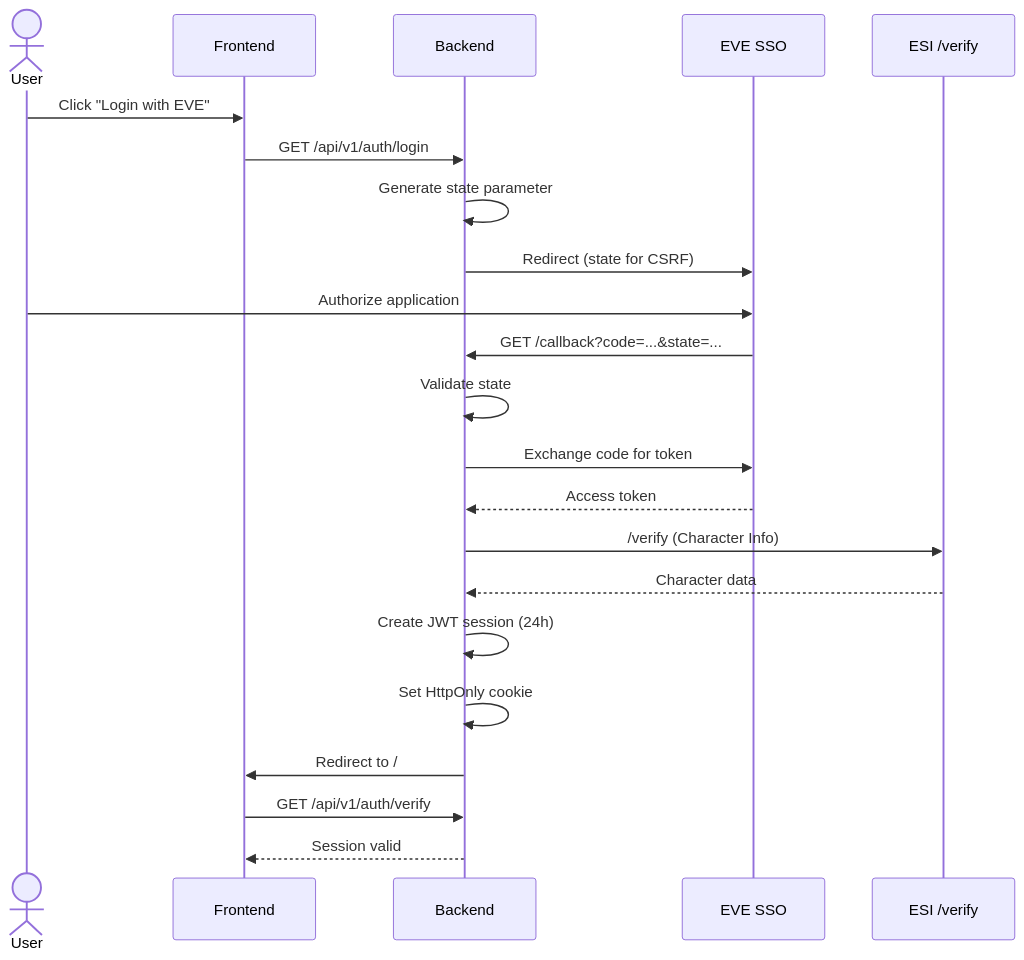
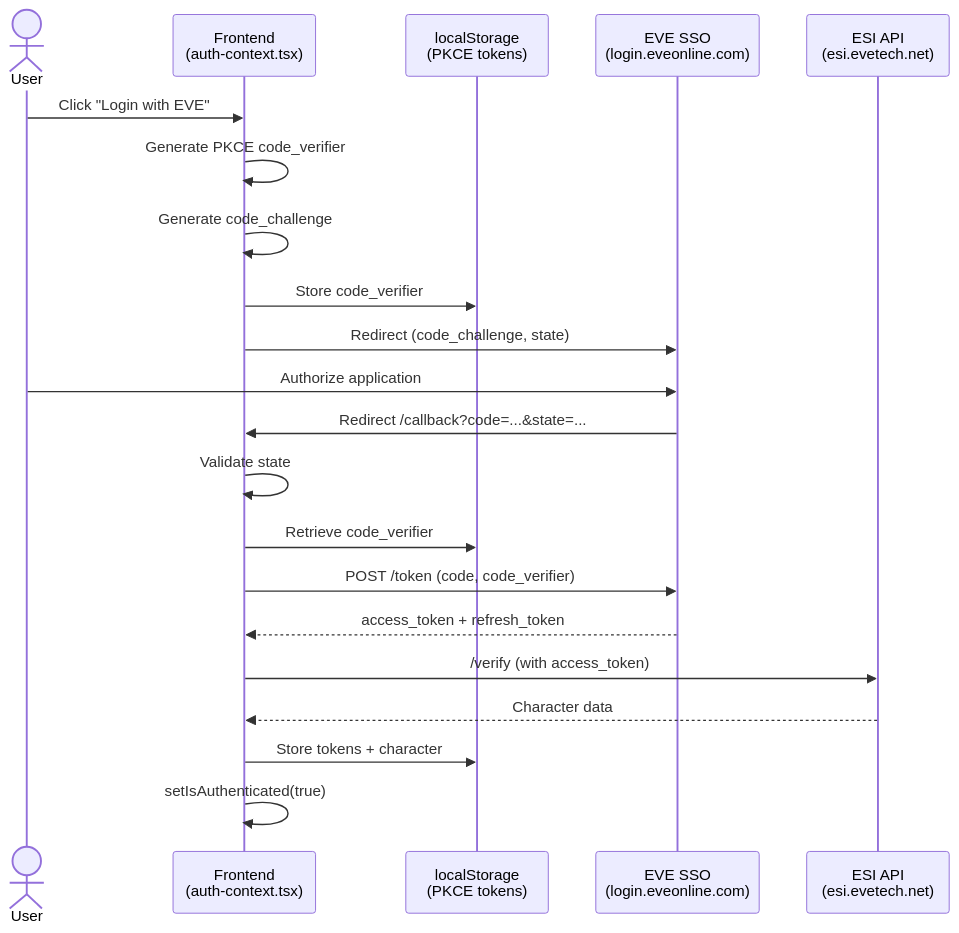
Before and after one commit to Sternrassler/eve-o-provit: the diagram in docs/EVE-SSO-INTEGRATION.md, drawn with Mermaid. The commit also changed other lines of this file, not shown here.

First line of the commit message:
docs: korrigiere EVE SSO auf Frontend-only PKCE

````diff
--- a/docs/EVE-SSO-INTEGRATION.md
+++ b/docs/EVE-SSO-INTEGRATION.md
@@ -39,25 +33,24 @@
 ```mermaid
 sequenceDiagram
     actor User
-    participant FE as Frontend
-    participant BE as Backend
-    participant EVE as EVE SSO
-    participant ESI as ESI /verify
+    participant FE as Frontend<br/>(auth-context.tsx)
+    participant Local as localStorage<br/>(PKCE tokens)
+    participant EVE as EVE SSO<br/>(login.eveonline.com)
+    participant ESI as ESI API<br/>(esi.evetech.net)
     
     User->>FE: Click "Login with EVE"
-    FE->>BE: GET /api/v1/auth/login
-    BE->>BE: Generate state parameter
-    BE->>EVE: Redirect (state for CSRF)
+    FE->>FE: Generate PKCE code_verifier
+    FE->>FE: Generate code_challenge
+    FE->>Local: Store code_verifier
+    FE->>EVE: Redirect (code_challenge, state)
     User->>EVE: Authorize application
-    EVE->>BE: GET /callback?code=...&state=...
-    BE->>BE: Validate state
-    BE->>EVE: Exchange code for token
-    EVE-->>BE: Access token
-    BE->>ESI: /verify (Character Info)
-    ESI-->>BE: Character data
-    BE->>BE: Create JWT session (24h)
-    BE->>BE: Set HttpOnly cookie
-    BE->>FE: Redirect to /
-    FE->>BE: GET /api/v1/auth/verify
-    BE-->>FE: Session valid
+    EVE->>FE: Redirect /callback?code=...&state=...
+    FE->>FE: Validate state
+    FE->>Local: Retrieve code_verifier
+    FE->>EVE: POST /token (code, code_verifier)
+    EVE-->>FE: access_token + refresh_token
+    FE->>ESI: /verify (with access_token)
+    ESI-->>FE: Character data
+    FE->>Local: Store tokens + character
+    FE->>FE: setIsAuthenticated(true)
 ```
````
